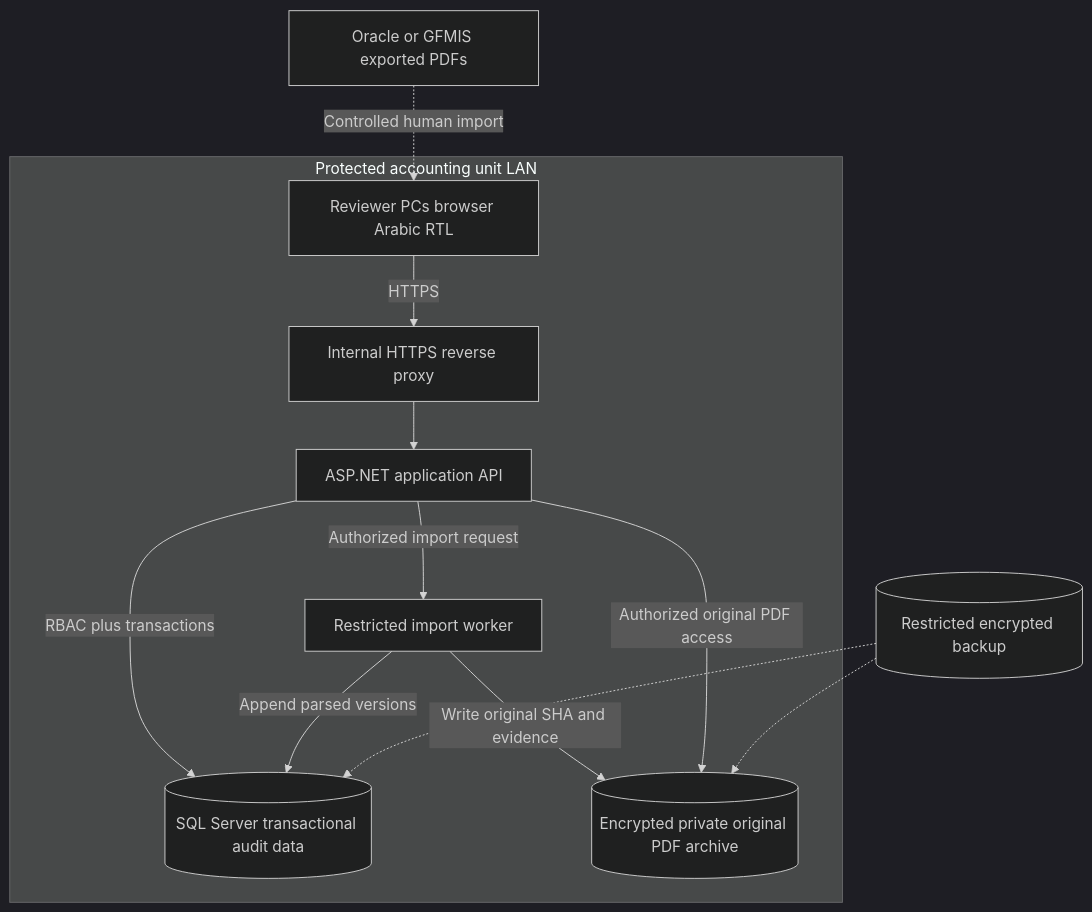
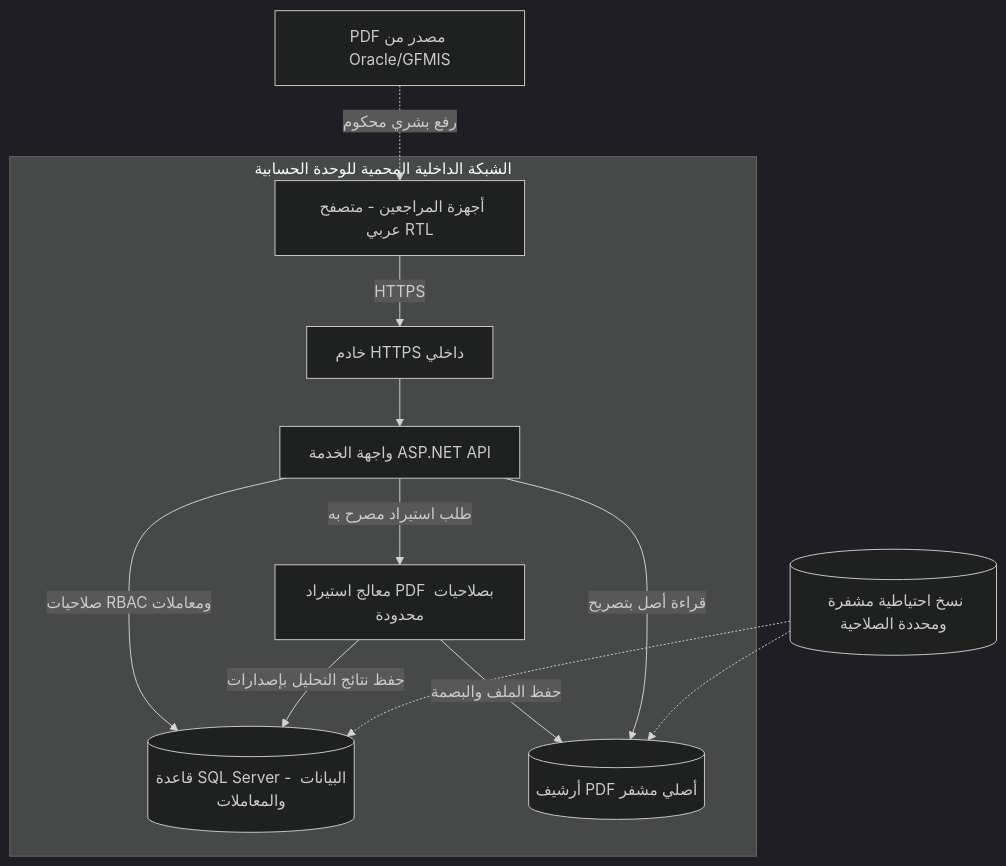
One commit to AlexandriaDeveloper/PayrollReviewSystem changed the diagram in docs/architecture/DEPLOYMENT-AND-CONTRACTS.md. Above: the diagram before and after it, drawn with Mermaid (dark theme). The commit also changed other lines of this file and 40 other files, not shown here.

First line of the commit message:
docs: Arabic documentation across repository with ERD/UML worked examples

````diff
--- a/docs/architecture/DEPLOYMENT-AND-CONTRACTS.md
+++ b/docs/architecture/DEPLOYMENT-AND-CONTRACTS.md
@@ -6,21 +6,21 @@
 ```mermaid
 flowchart TD
-  subgraph LAN[Protected accounting unit LAN]
-    Client[Reviewer PCs browser Arabic RTL]
-    Proxy[Internal HTTPS reverse proxy]
-    Api[ASP.NET application API]
-    Jobs[Restricted import worker]
-    SQL[(SQL Server transactional audit data)]
-    Vault[(Encrypted private original PDF archive)]
+  subgraph LAN["الشبكة الداخلية المحمية للوحدة الحسابية"]
+    Client["أجهزة المراجعين - متصفح عربي RTL"]
+    Proxy["خادم HTTPS داخلي"]
+    API["واجهة الخدمة ASP.NET API"]
+    Worker["معالج استيراد PDF بصلاحيات محدودة"]
+    SQL[("قاعدة SQL Server - البيانات والمعاملات")]
+    Vault[("أرشيف PDF أصلي مشفر")]
     Client -->|HTTPS| Proxy
-    Proxy --> Api
-    Api -->|RBAC plus transactions| SQL
-    Api -->|Authorized import request| Jobs
-    Jobs -->|Write original SHA and evidence| Vault
-    Jobs -->|Append parsed versions| SQL
-    Api -->|Authorized original PDF access| Vault
+    Proxy --> API
+    API -->|"صلاحيات RBAC ومعاملات"| SQL
+    API -->|"طلب استيراد مصرح به"| Worker
+    Worker -->|"حفظ الملف والبصمة"| Vault
+    Worker -->|"حفظ نتائج التحليل بإصدارات"| SQL
+    API -->|"قراءة أصل بتصريح"| Vault
   end
-  External[Oracle or GFMIS exported PDFs] -.->|Controlled human import| Client
-  Backup[(Restricted encrypted backup)] -.-> SQL
+  External["PDF مصدر من Oracle/GFMIS"] -.->|"رفع بشري محكوم"| Client
+  Backup[("نسخ احتياطية مشفرة ومحددة الصلاحية")] -.-> SQL
   Backup -.-> Vault
 ```
````
